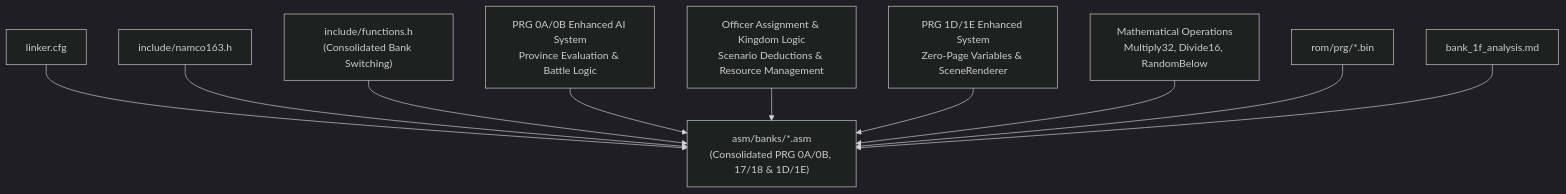
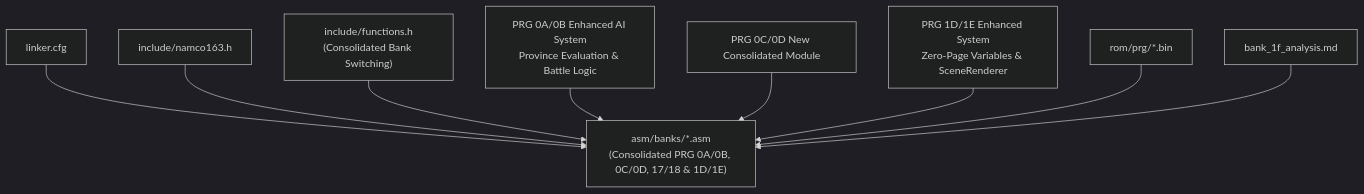
Before and after one commit to rabbyzero/sango2dasm: the third of 3 diagrams in .qoder/repowiki/en/content/Assembly Architecture/Bank Organization and Memory Layout.md, drawn with Mermaid (dark theme). The commit also changed other lines of this file and 15 other files, not shown here.

````diff
--- a/.qoder/repowiki/en/content/Assembly Architecture/Bank Organization and Memory Layout.md
+++ b/.qoder/repowiki/en/content/Assembly Architecture/Bank Organization and Memory Layout.md
@@ -611,22 +486,20 @@
 ```mermaid
 graph TB
 LCFG["linker.cfg"]
 N163["include/namco163.h"]
 FUNCS["include/functions.h<br/>(Consolidated Bank Switching)"]
-STUBS["asm/banks/*.asm<br/>(Consolidated PRG 0A/0B, 17/18 & 1D/1E)"]
+STUBS["asm/banks/*.asm<br/>(Consolidated PRG 0A/0B, 0C/0D, 17/18 & 1D/1E)"]
 ENHANCED_AI["PRG 0A/0B Enhanced AI System<br/>Province Evaluation & Battle Logic"]
-OFFICER_SYSTEM["Officer Assignment & Kingdom Logic<br/>Scenario Deductions & Resource Management"]
+NEW_CONSOLIDATED["PRG 0C/0D New Consolidated Module"]
 ENHANCED_DISPLAY["PRG 1D/1E Enhanced System<br/>Zero-Page Variables & SceneRenderer"]
-MATH_FUNCTIONS["Mathematical Operations<br/>Multiply32, Divide16, RandomBelow"]
 ROM["rom/prg/*.bin"]
 BOOT["bank_1f_analysis.md"]
 LCFG --> STUBS
 N163 --> STUBS
 FUNCS --> STUBS
 ENHANCED_AI --> STUBS
-OFFICER_SYSTEM --> STUBS
+NEW_CONSOLIDATED --> STUBS
 ENHANCED_DISPLAY --> STUBS
-MATH_FUNCTIONS --> STUBS
 ROM --> STUBS
 BOOT --> STUBS
 ```
````
